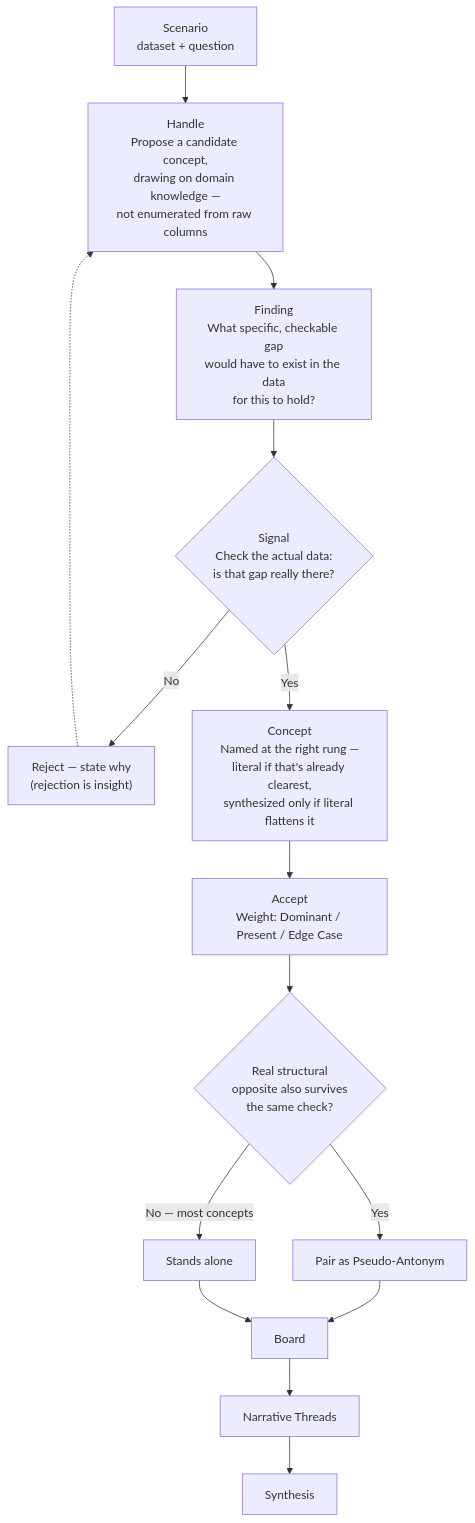
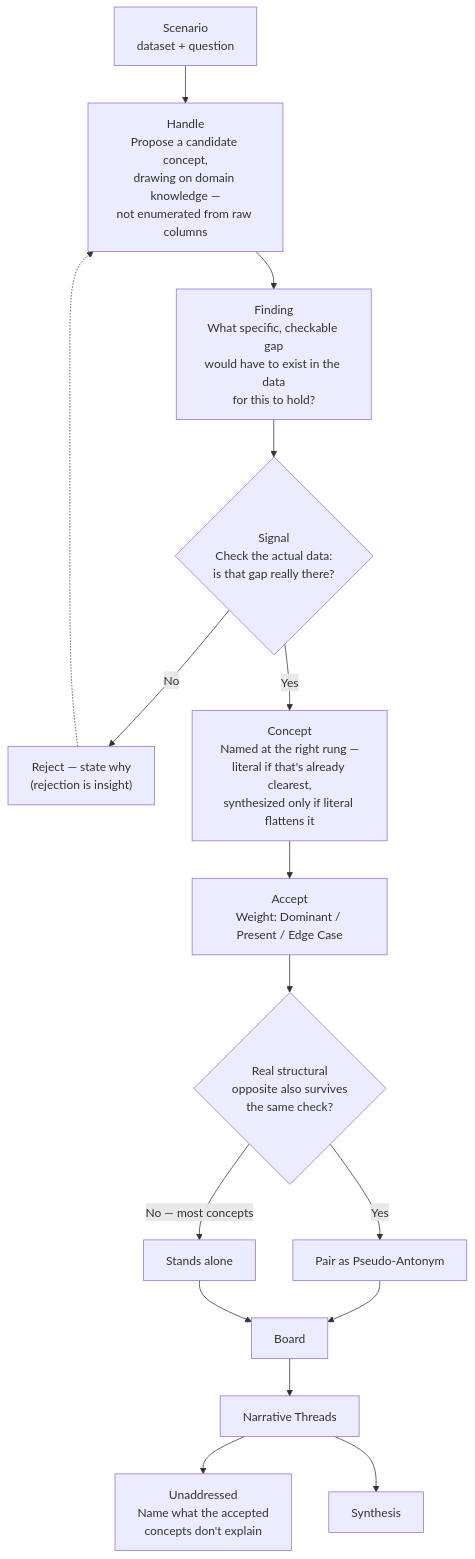
The diagram in METHODOLOGY.md (ruth257/The-Data-Board), drawn with Mermaid before and after one commit. The commit also changed other lines of this file and 9 other files, not shown here.

````diff
--- a/METHODOLOGY.md
+++ b/METHODOLOGY.md
@@ -24,17 +25,18 @@
 ```mermaid
 flowchart TD
     A["Scenario<br/>dataset + question"] --> B["Handle<br/>Propose a candidate concept,<br/>drawing on domain knowledge —<br/>not enumerated from raw columns"]
     B --> C["Finding<br/>What specific, checkable gap<br/>would have to exist in the data<br/>for this to hold?"]
     C --> D{"Signal<br/>Check the actual data:<br/>is that gap really there?"}
     D -->|No| E["Reject — state why<br/>(rejection is insight)"]
     E -.-> B
     D -->|Yes| F["Concept<br/>Named at the right rung —<br/>literal if that's already clearest,<br/>synthesized only if literal flattens it"]
     F --> G["Accept<br/>Weight: Dominant / Present / Edge Case"]
     G --> H{"Real structural<br/>opposite also survives<br/>the same check?"}
     H -->|Yes| I["Pair as Pseudo-Antonym"]
     H -->|No — most concepts| J["Stands alone"]
     I --> K["Board"]
     J --> K["Board"]
     K --> L["Narrative Threads"]
+    L --> N["Unaddressed<br/>Name what the accepted<br/>concepts don't explain"]
     L --> M["Synthesis"]
 ```
````
